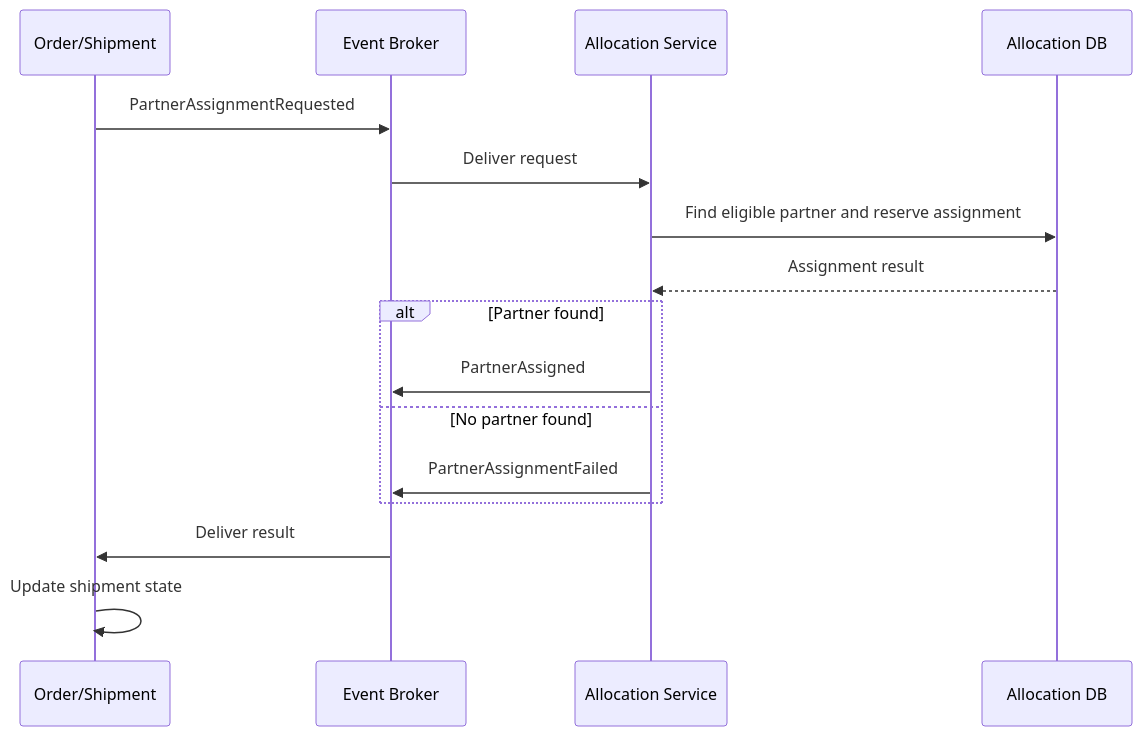
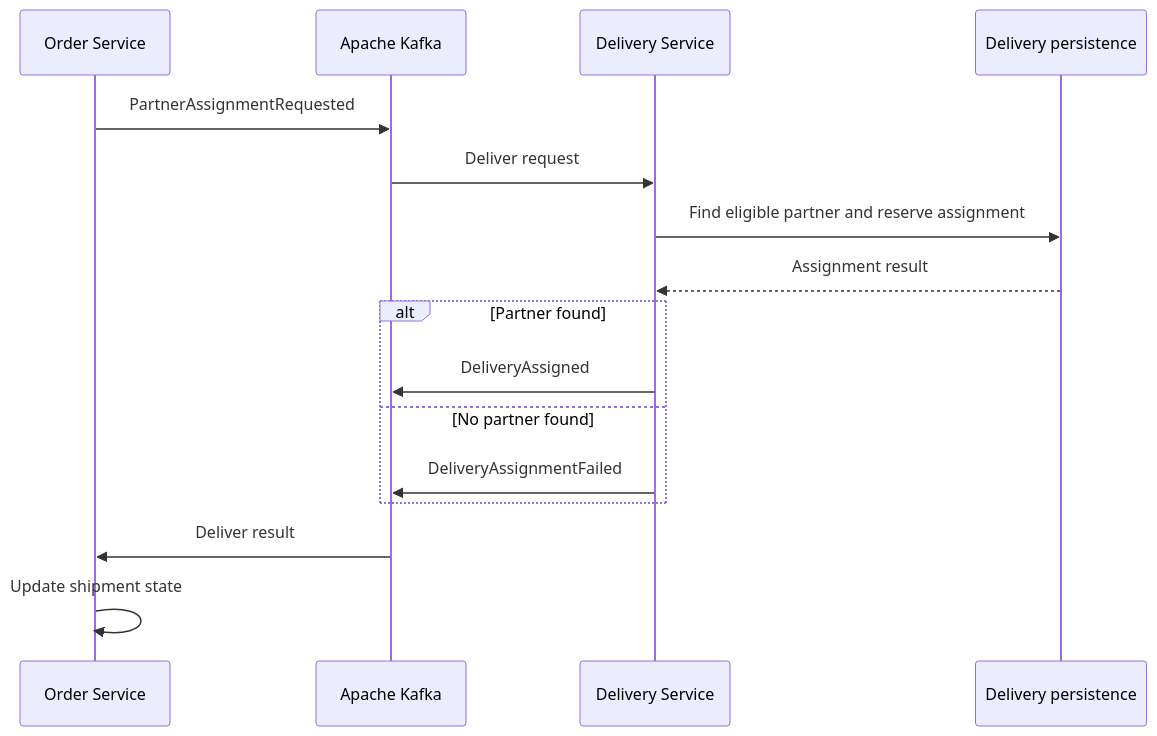
One commit to surajdavid/FleetPulse changed the third of 5 diagrams in docs/03-low-level-design/sequence.diagram.md. Above: the diagram before and after it, drawn with Mermaid. The commit also changed other lines of this file and 16 other files, not shown here.

````diff
--- a/docs/03-low-level-design/sequence.diagram.md
+++ b/docs/03-low-level-design/sequence.diagram.md
@@ -52,18 +52,18 @@
 ```mermaid
 sequenceDiagram
-  participant OS as Order/Shipment
-  participant Broker as Event Broker
-  participant AS as Allocation Service
-  participant ADB as Allocation DB
+  participant OS as Order Service
+  participant Broker as Apache Kafka
+  participant AS as Delivery Service
+  participant ADB as Delivery persistence
   OS->>Broker: PartnerAssignmentRequested
   Broker->>AS: Deliver request
   AS->>ADB: Find eligible partner and reserve assignment
   ADB-->>AS: Assignment result
   alt Partner found
-    AS->>Broker: PartnerAssigned
+    AS->>Broker: DeliveryAssigned
   else No partner found
-    AS->>Broker: PartnerAssignmentFailed
+    AS->>Broker: DeliveryAssignmentFailed
   end
   Broker->>OS: Deliver result
   OS->>OS: Update shipment state
 ```
````
